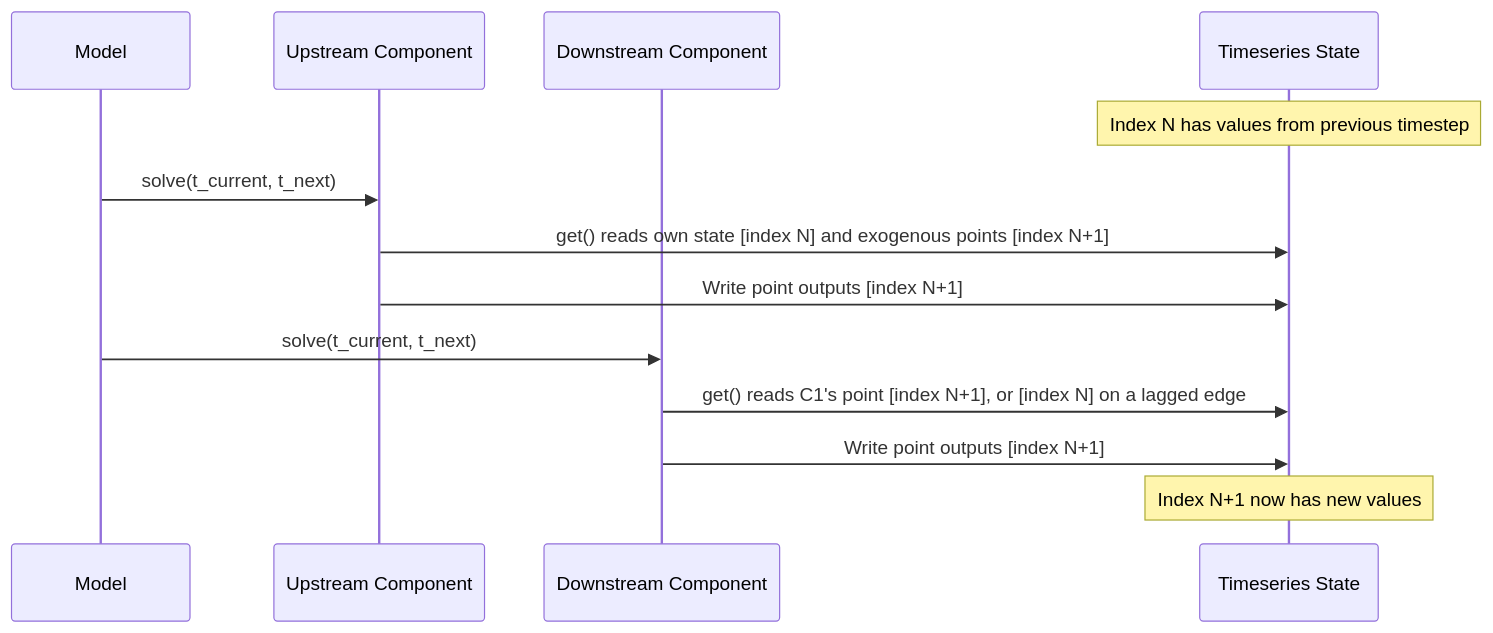
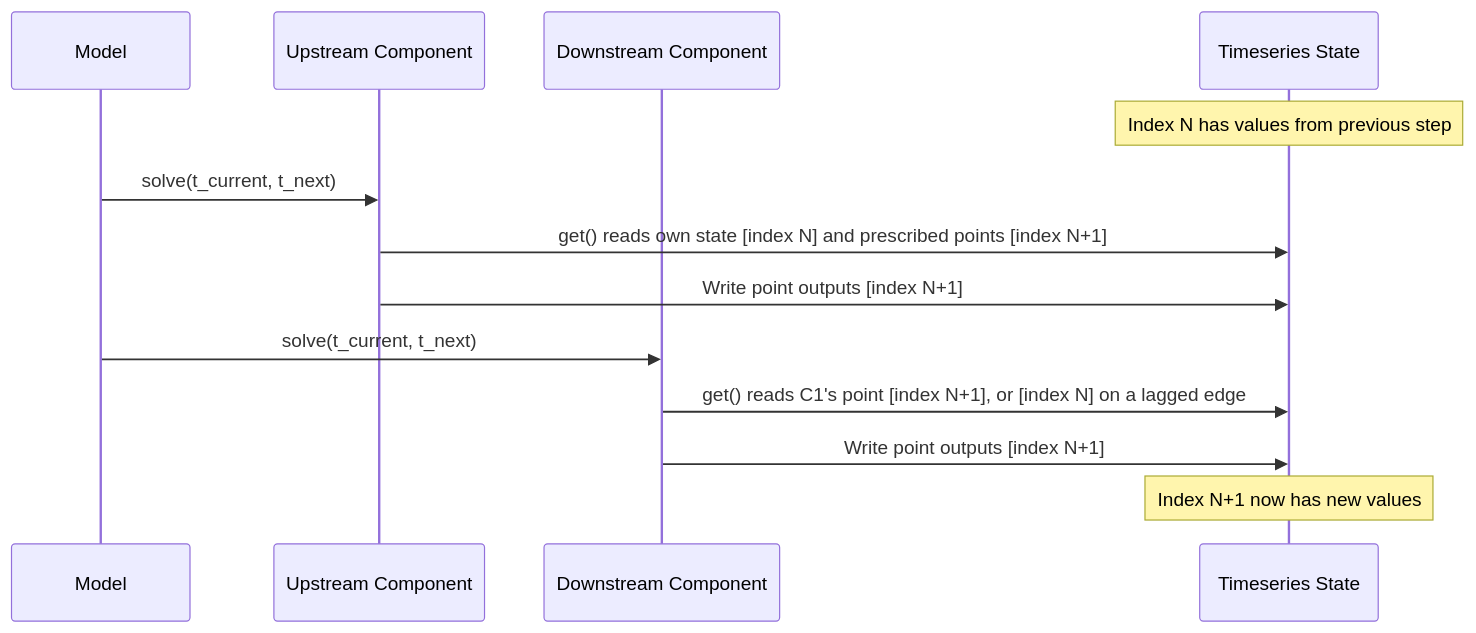
One commit to lewisjared/rscm changed the second of 3 diagrams in docs/key_concepts.md. Above: the diagram before and after it, drawn with Mermaid. The commit also changed other lines of this file and 181 other files, not shown here.

````diff
--- a/docs/key_concepts.md
+++ b/docs/key_concepts.md
@@ -190,16 +191,16 @@
 ```mermaid
 sequenceDiagram
     participant Model
     participant C1 as Upstream Component
     participant C2 as Downstream Component
     participant State as Timeseries State
 
-    Note over State: Index N has values from previous timestep
+    Note over State: Index N has values from previous step
     Model->>C1: solve(t_current, t_next)
-    C1->>State: get() reads own state [index N] and exogenous points [index N+1]
+    C1->>State: get() reads own state [index N] and prescribed points [index N+1]
     C1->>State: Write point outputs [index N+1]
     Model->>C2: solve(t_current, t_next)
     C2->>State: get() reads C1's point [index N+1], or [index N] on a lagged edge
     C2->>State: Write point outputs [index N+1]
     Note over State: Index N+1 now has new values
 ```
````
